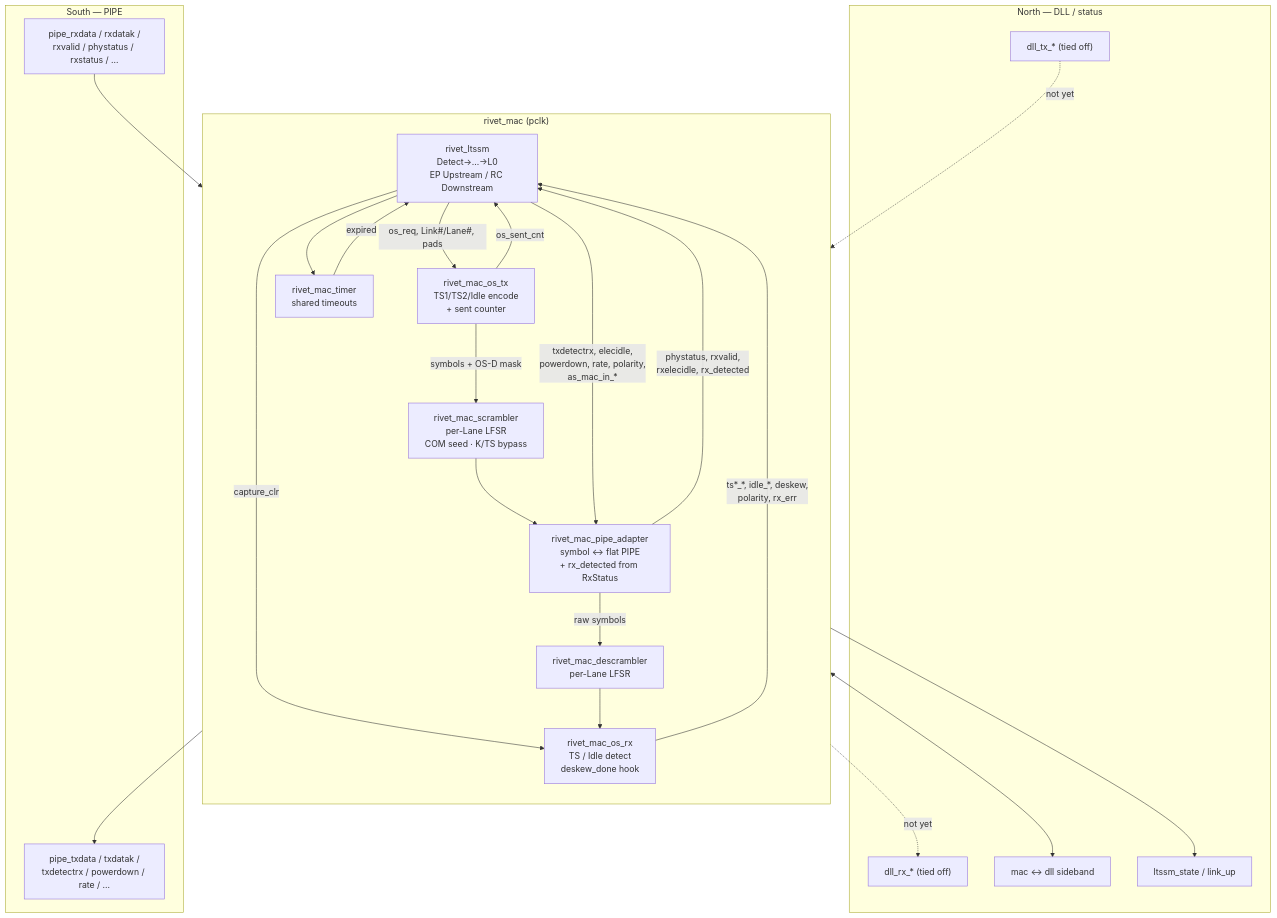
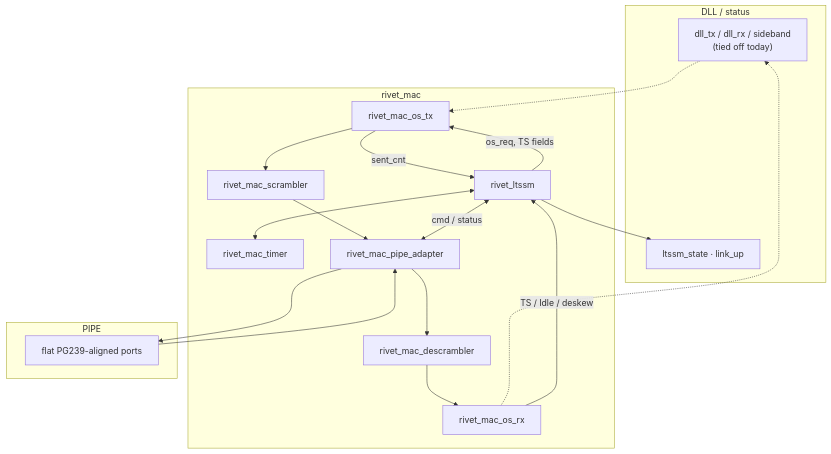
One commit to muhammedoney/pcierivet changed the diagram in rtl/pcie_ctrl/mac/README.md. Above: the diagram before and after it, drawn with Mermaid. The commit also changed other lines of this file, not shown here.

Commit message:
docs(mac): slim MAC README to IBD, hierarchy, module list

````diff
--- a/rtl/pcie_ctrl/mac/README.md
+++ b/rtl/pcie_ctrl/mac/README.md
@@ -37,53 +7,32 @@
 ```mermaid
 flowchart TB
-  subgraph NORTH["North — DLL / status"]
-    DLL_TX["dll_tx_*  (tied off)"]
-    DLL_RX["dll_rx_*  (tied off)"]
-    SB["mac ↔ dll sideband"]
-    STAT["ltssm_state / link_up"]
+  subgraph north["DLL / status"]
+    DLL["dll_tx / dll_rx / sideband<br/>(tied off today)"]
+    STAT["ltssm_state · link_up"]
   end
 
-  subgraph MAC["rivet_mac  (pclk)"]
-    direction TB
-
-    LTSSM["rivet_ltssm<br/>Detect→…→L0<br/>EP Upstream / RC Downstream"]
-    TIMER["rivet_mac_timer<br/>shared timeouts"]
-
-    OS_TX["rivet_mac_os_tx<br/>TS1/TS2/Idle encode<br/>+ sent counter"]
-    SCR["rivet_mac_scrambler<br/>per-Lane LFSR<br/>COM seed · K/TS bypass"]
-
-    DESC["rivet_mac_descrambler<br/>per-Lane LFSR"]
-    OS_RX["rivet_mac_os_rx<br/>TS / Idle detect<br/>deskew_done hook"]
-
-    ADAPT["rivet_mac_pipe_adapter<br/>symbol ↔ flat PIPE<br/>+ rx_detected from RxStatus"]
+  subgraph mac["rivet_mac"]
+    LTSSM["rivet_ltssm"]
+    TIMER["rivet_mac_timer"]
+    OS_TX["rivet_mac_os_tx"]
+    SCR["rivet_mac_scrambler"]
+    DESC["rivet_mac_descrambler"]
+    OS_RX["rivet_mac_os_rx"]
+    ADAPT["rivet_mac_pipe_adapter"]
   end
 
-  subgraph SOUTH["South — PIPE"]
-    PIPE_TX["pipe_txdata / txdatak /<br/>txdetectrx / powerdown / rate / …"]
-    PIPE_RX["pipe_rxdata / rxdatak /<br/>rxvalid / phystatus / rxstatus / …"]
+  subgraph south["PIPE"]
+    PIPE["flat PG239-aligned ports"]
   end
 
-  DLL_TX -.->|not yet| OS_TX
-  OS_RX -.->|not yet| DLL_RX
+  DLL -.-> OS_TX
+  OS_RX -.-> DLL
   LTSSM --> STAT
-  LTSSM <--> SB
-
-  LTSSM -->|os_req, Link#/Lane#, pads| OS_TX
-  LTSSM --> TIMER
-  TIMER -->|expired| LTSSM
-  OS_TX -->|os_sent_cnt| LTSSM
-
-  OS_RX -->|ts*_*, idle_*, deskew,<br/>polarity, rx_err| LTSSM
-  LTSSM -->|capture_clr| OS_RX
-
-  OS_TX -->|symbols + OS-D mask| SCR
-  SCR --> ADAPT
-  ADAPT --> PIPE_TX
-
-  PIPE_RX --> ADAPT
-  ADAPT -->|raw symbols| DESC
-  DESC --> OS_RX
-
-  LTSSM -->|txdetectrx, elecidle,<br/>powerdown, rate, polarity,<br/>as_mac_in_*| ADAPT
-  ADAPT -->|phystatus, rxvalid,<br/>rxelecidle, rx_detected| LTSSM
+  LTSSM <--> TIMER
+  LTSSM -->|os_req, TS fields| OS_TX
+  OS_TX -->|sent_cnt| LTSSM
+  OS_RX -->|TS / Idle / deskew| LTSSM
+  OS_TX --> SCR --> ADAPT --> PIPE
+  PIPE --> ADAPT --> DESC --> OS_RX
+  LTSSM <-->|cmd / status| ADAPT
 ```
````
